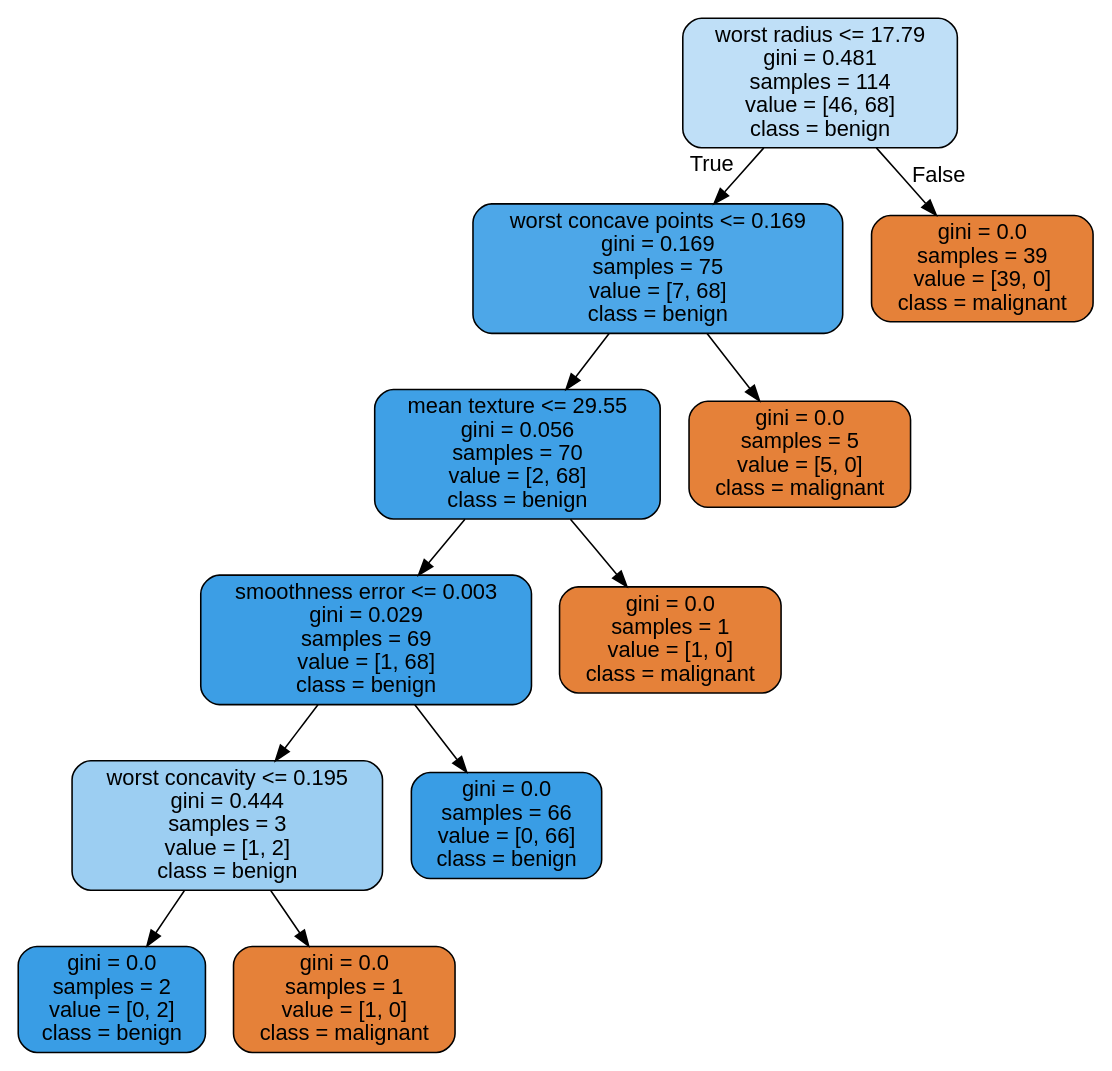
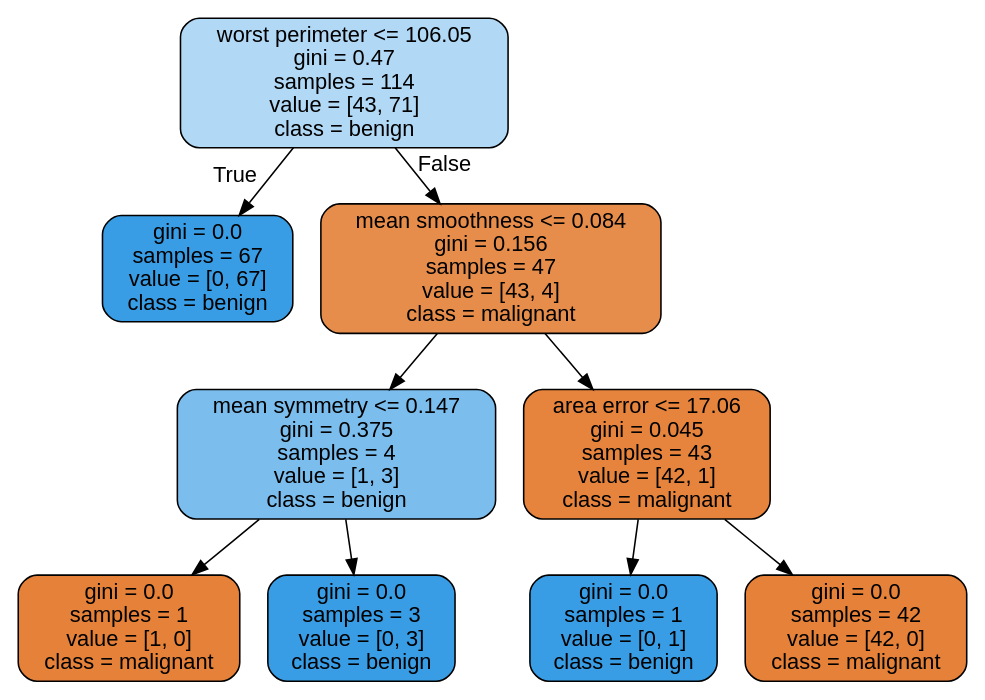
Before and after one commit to JoseDeJesusMendozaBecerril/Practica4_MineriaDeDatos: the diagram in images/decision_trees/cancer_tree_test.dot, drawn with Graphviz. The commit also changed 8 other files, not shown here.

```diff
--- a/images/decision_trees/cancer_tree_test.dot
+++ b/images/decision_trees/cancer_tree_test.dot
@@ -1,25 +1,21 @@
 digraph Tree {
 node [shape=box, style="filled, rounded", color="black", fontname=helvetica] ;
 edge [fontname=helvetica] ;
-0 [label="worst radius <= 17.79\ngini = 0.481\nsamples = 114\nvalue = [46, 68]\nclass = benign", fillcolor="#bfdff7"] ;
-1 [label="worst concave points <= 0.169\ngini = 0.169\nsamples = 75\nvalue = [7, 68]\nclass = benign", fillcolor="#4da7e8"] ;
+0 [label="worst perimeter <= 106.05\ngini = 0.47\nsamples = 114\nvalue = [43, 71]\nclass = benign", fillcolor="#b1d8f5"] ;
+1 [label="gini = 0.0\nsamples = 67\nvalue = [0, 67]\nclass = benign", fillcolor="#399de5"] ;
 0 -> 1 [labeldistance=2.5, labelangle=45, headlabel="True"] ;
-2 [label="mean texture <= 29.55\ngini = 0.056\nsamples = 70\nvalue = [2, 68]\nclass = benign", fillcolor="#3fa0e6"] ;
-1 -> 2 ;
-3 [label="smoothness error <= 0.003\ngini = 0.029\nsamples = 69\nvalue = [1, 68]\nclass = benign", fillcolor="#3c9ee5"] ;
+2 [label="mean smoothness <= 0.084\ngini = 0.156\nsamples = 47\nvalue = [43, 4]\nclass = malignant", fillcolor="#e78d4b"] ;
+0 -> 2 [labeldistance=2.5, labelangle=-45, headlabel="False"] ;
+3 [label="mean symmetry <= 0.147\ngini = 0.375\nsamples = 4\nvalue = [1, 3]\nclass = benign", fillcolor="#7bbeee"] ;
 2 -> 3 ;
-4 [label="worst concavity <= 0.195\ngini = 0.444\nsamples = 3\nvalue = [1, 2]\nclass = benign", fillcolor="#9ccef2"] ;
+4 [label="gini = 0.0\nsamples = 1\nvalue = [1, 0]\nclass = malignant", fillcolor="#e58139"] ;
 3 -> 4 ;
-5 [label="gini = 0.0\nsamples = 2\nvalue = [0, 2]\nclass = benign", fillcolor="#399de5"] ;
-4 -> 5 ;
-6 [label="gini = 0.0\nsamples = 1\nvalue = [1, 0]\nclass = malignant", fillcolor="#e58139"] ;
-4 -> 6 ;
-7 [label="gini = 0.0\nsamples = 66\nvalue = [0, 66]\nclass = benign", fillcolor="#399de5"] ;
-3 -> 7 ;
-8 [label="gini = 0.0\nsamples = 1\nvalue = [1, 0]\nclass = malignant", fillcolor="#e58139"] ;
-2 -> 8 ;
-9 [label="gini = 0.0\nsamples = 5\nvalue = [5, 0]\nclass = malignant", fillcolor="#e58139"] ;
-1 -> 9 ;
-10 [label="gini = 0.0\nsamples = 39\nvalue = [39, 0]\nclass = malignant", fillcolor="#e58139"] ;
-0 -> 10 [labeldistance=2.5, labelangle=-45, headlabel="False"] ;
+5 [label="gini = 0.0\nsamples = 3\nvalue = [0, 3]\nclass = benign", fillcolor="#399de5"] ;
+3 -> 5 ;
+6 [label="area error <= 17.06\ngini = 0.045\nsamples = 43\nvalue = [42, 1]\nclass = malignant", fillcolor="#e6843e"] ;
+2 -> 6 ;
+7 [label="gini = 0.0\nsamples = 1\nvalue = [0, 1]\nclass = benign", fillcolor="#399de5"] ;
+6 -> 7 ;
+8 [label="gini = 0.0\nsamples = 42\nvalue = [42, 0]\nclass = malignant", fillcolor="#e58139"] ;
+6 -> 8 ;
 }
```
